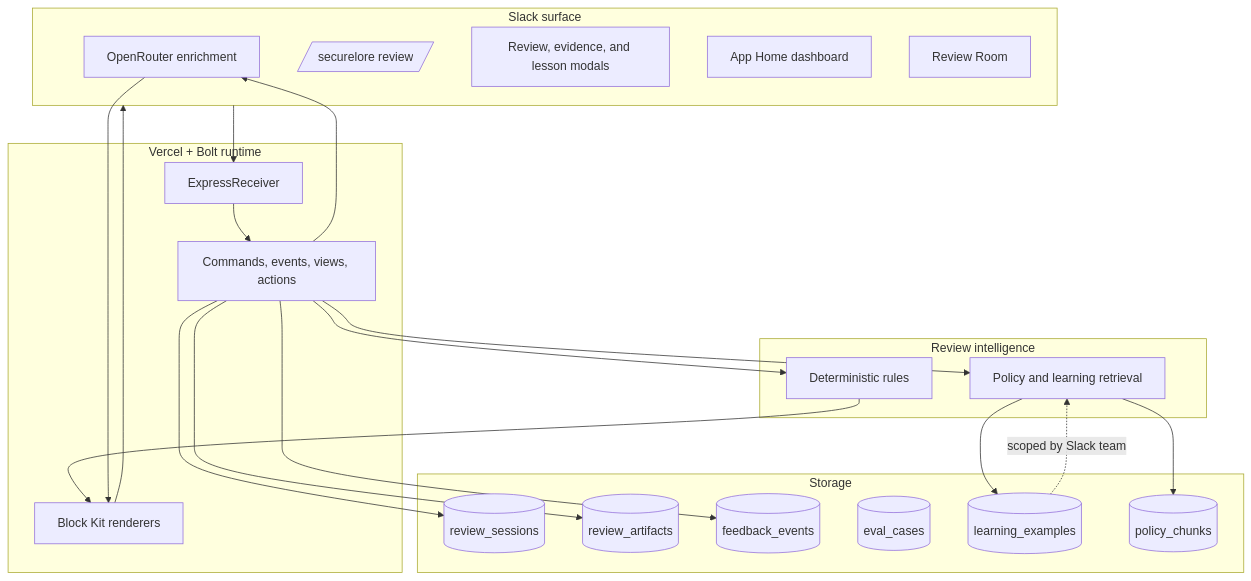
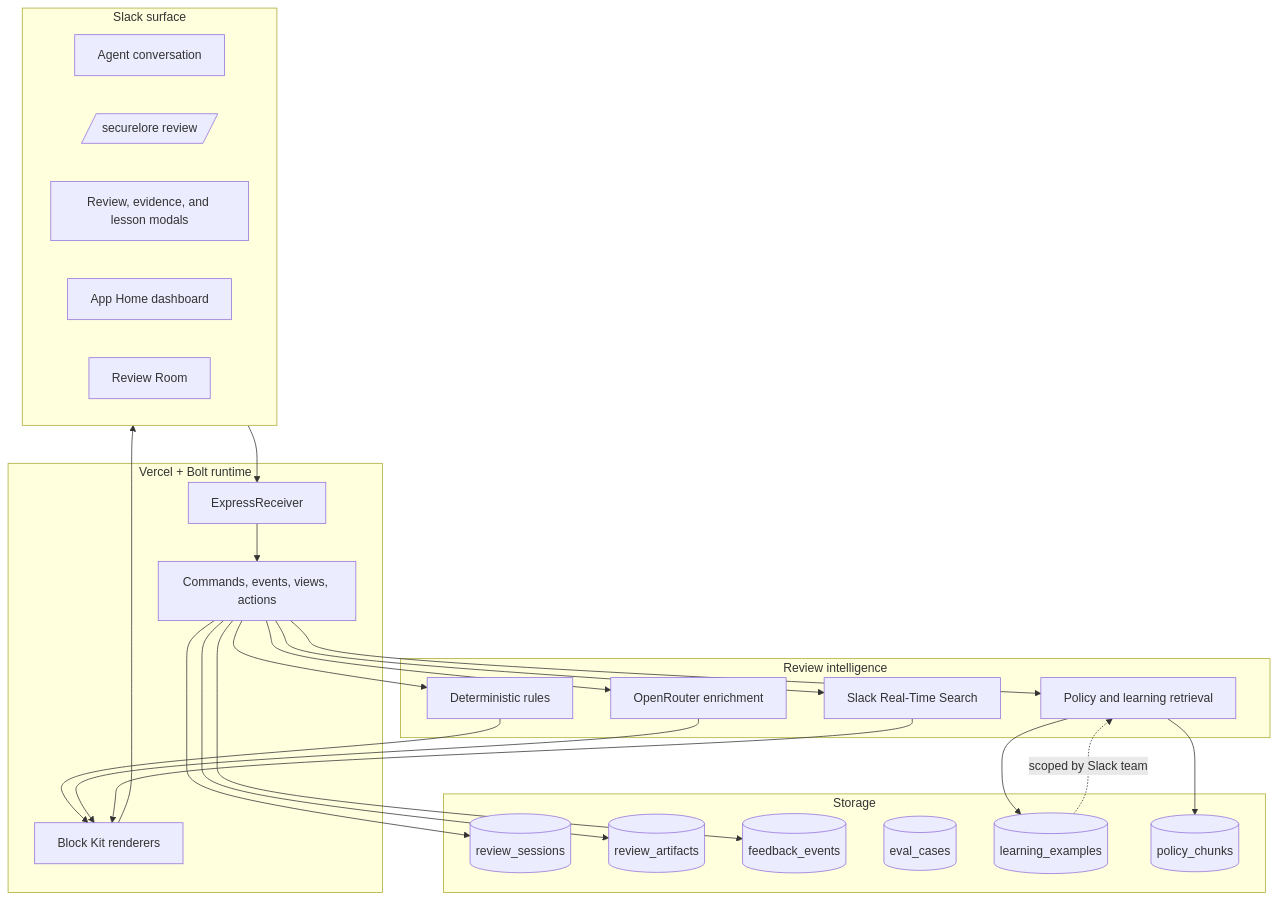
One commit to N-45div/SecureLore changed the fifth of 5 diagrams in ARCHITECTURE.md. Above: the diagram before and after it, drawn with Mermaid. The commit also changed other lines of this file and 10 other files, not shown here.

Commit message:
feat: add zero-copy Slack RTS evidence scout

````diff
--- a/ARCHITECTURE.md
+++ b/ARCHITECTURE.md
@@ -73,46 +96,49 @@
 ```mermaid
 flowchart TD
   subgraph Slack_Surface[Slack surface]
-    Agent[Agent/Assistant conversation]
+    AgentSurface[Agent conversation]
     Slash[/securelore review/]
     Modal[Review, evidence, and lesson modals]
     Home[App Home dashboard]
     Room[Review Room]
   end
 
   subgraph App_Runtime[Vercel + Bolt runtime]
     Receiver[ExpressReceiver]
     Handlers[Commands, events, views, actions]
     Renderers[Block Kit renderers]
   end
 
   subgraph Intelligence[Review intelligence]
     Core[Deterministic rules]
-    Agent[OpenRouter enrichment]
+    Enrichment[OpenRouter enrichment]
     Memory[Policy and learning retrieval]
+    RTS[Slack Real-Time Search]
   end
 
   subgraph Storage[Storage]
     Sessions[(review_sessions)]
     Artifacts[(review_artifacts)]
     Feedback[(feedback_events)]
     Evals[(eval_cases)]
     Lessons[(learning_examples)]
     Policies[(policy_chunks)]
   end
 
   Slack_Surface --> Receiver
   Receiver --> Handlers
   Handlers --> Core
-  Handlers --> Agent
+  Handlers --> Enrichment
   Handlers --> Memory
+  Handlers --> RTS
   Memory --> Policies
   Memory --> Lessons
   Lessons -. scoped by Slack team .-> Memory
   Handlers --> Sessions
   Handlers --> Artifacts
   Handlers --> Feedback
   Core --> Renderers
-  Agent --> Renderers
+  Enrichment --> Renderers
+  RTS --> Renderers
   Renderers --> Slack_Surface
 ```
````
